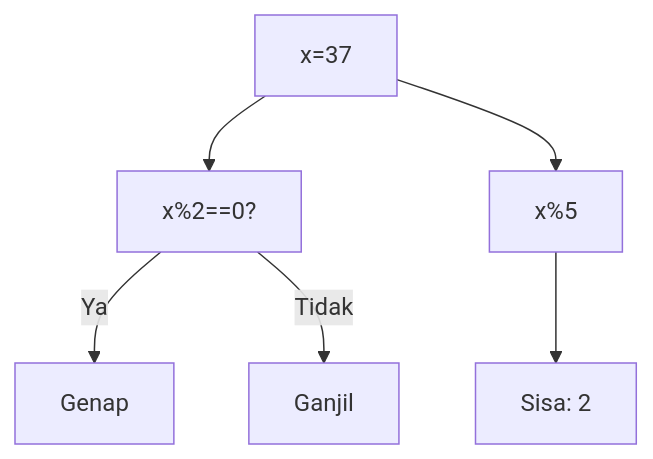
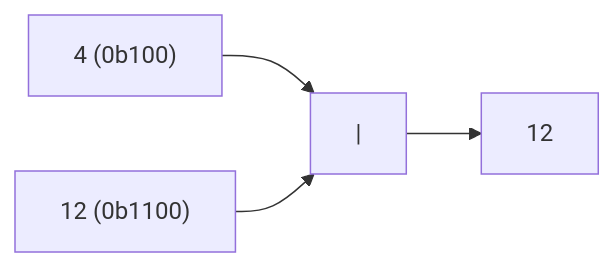
Before and after one commit to amnahwaida/OSNK_INF_PREP: diagram 13 of 25 in part-c-pemahaman-cpp/06-bitwise/latihan/set-09.md, drawn with Mermaid. The commit also changed other lines of this file and 71 other files, not shown here.

````diff
--- a/part-c-pemahaman-cpp/06-bitwise/latihan/set-09.md
+++ b/part-c-pemahaman-cpp/06-bitwise/latihan/set-09.md
@@ -405,8 +340,6 @@
 ```mermaid
-graph TD
-A["x=37"] --> B["x%2==0?"]
-B -- Ya --> C["Genap"]
-B -- Tidak --> D["Ganjil"]
-A --> E["x%5"]
-E --> F["Sisa: 2"]
+graph LR
+A["4 (0b100)"] --> C["|"]
+B["12 (0b1100)"] --> C
+C --> D["12"]
 ```
````
